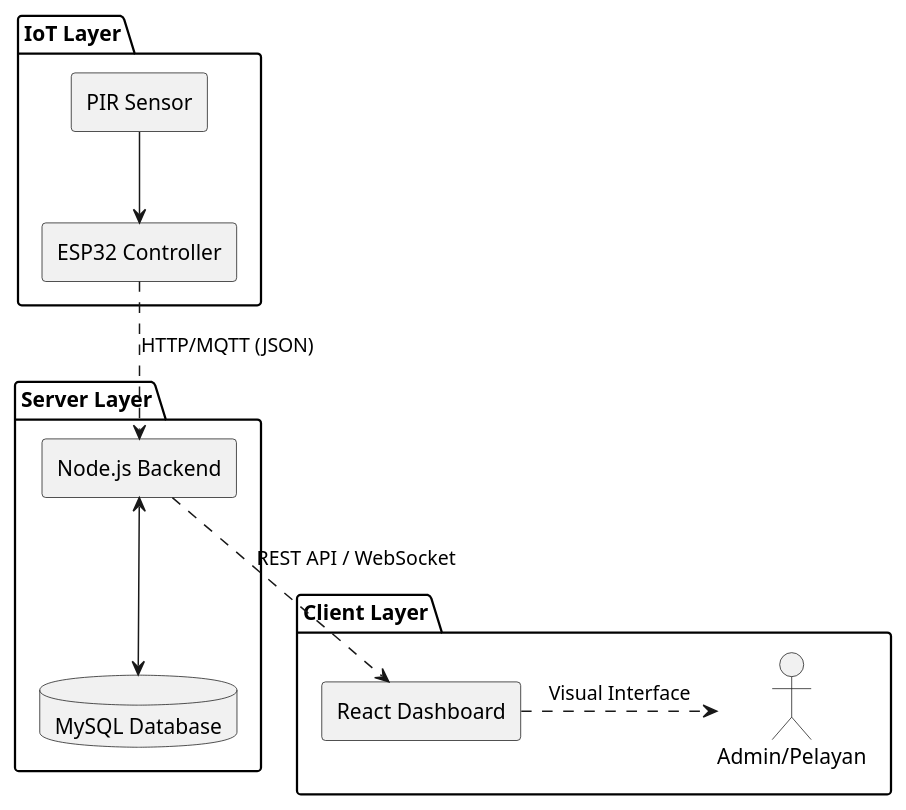
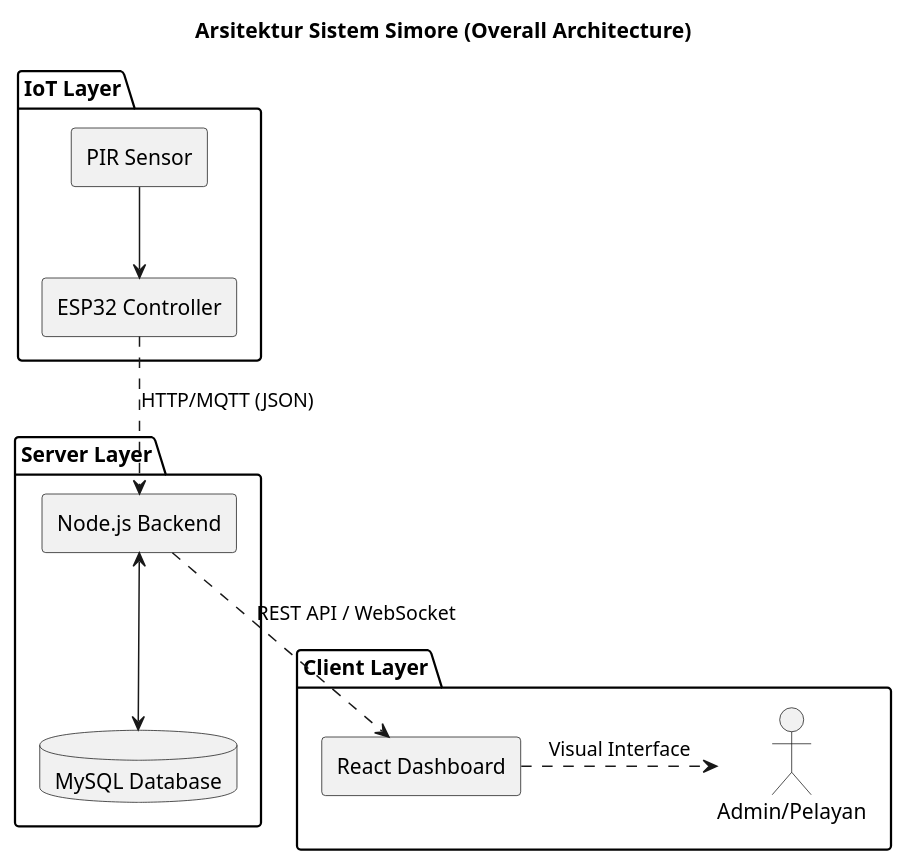
Before and after one commit to A-PPAW-TI503P-2025/PROJECT_KELOMPOK5_HUMAN-BODY: the diagram in Arsitektur.puml, drawn with PlantUML.

Commit message:
Menambahkan Title Arsitektur

```diff
--- a/Arsitektur.puml
+++ b/Arsitektur.puml
@@ -1,27 +1,29 @@
 @startuml
+title Arsitektur Sistem Simore (Overall Architecture)
+
 allow_mixing
 skinparam componentStyle rectangle
 
 package "IoT Layer" {
   component "ESP32 Controller" as ESP
   component "PIR Sensor" as PIR
   PIR --> ESP
 }
 
 package "Server Layer" {
   component "Node.js Backend" as API
   database "MySQL Database" as DB
   API <--> DB
 }
 
 package "Client Layer" {
   component "React Dashboard" as Web
   actor "Admin/Pelayan" as User
 }
 
 ' Relations
 ESP .down.> API : "HTTP/MQTT (JSON)"
 API .down.> Web : "REST API / WebSocket"
 Web .right.> User : "Visual Interface"
 
 @enduml
```
